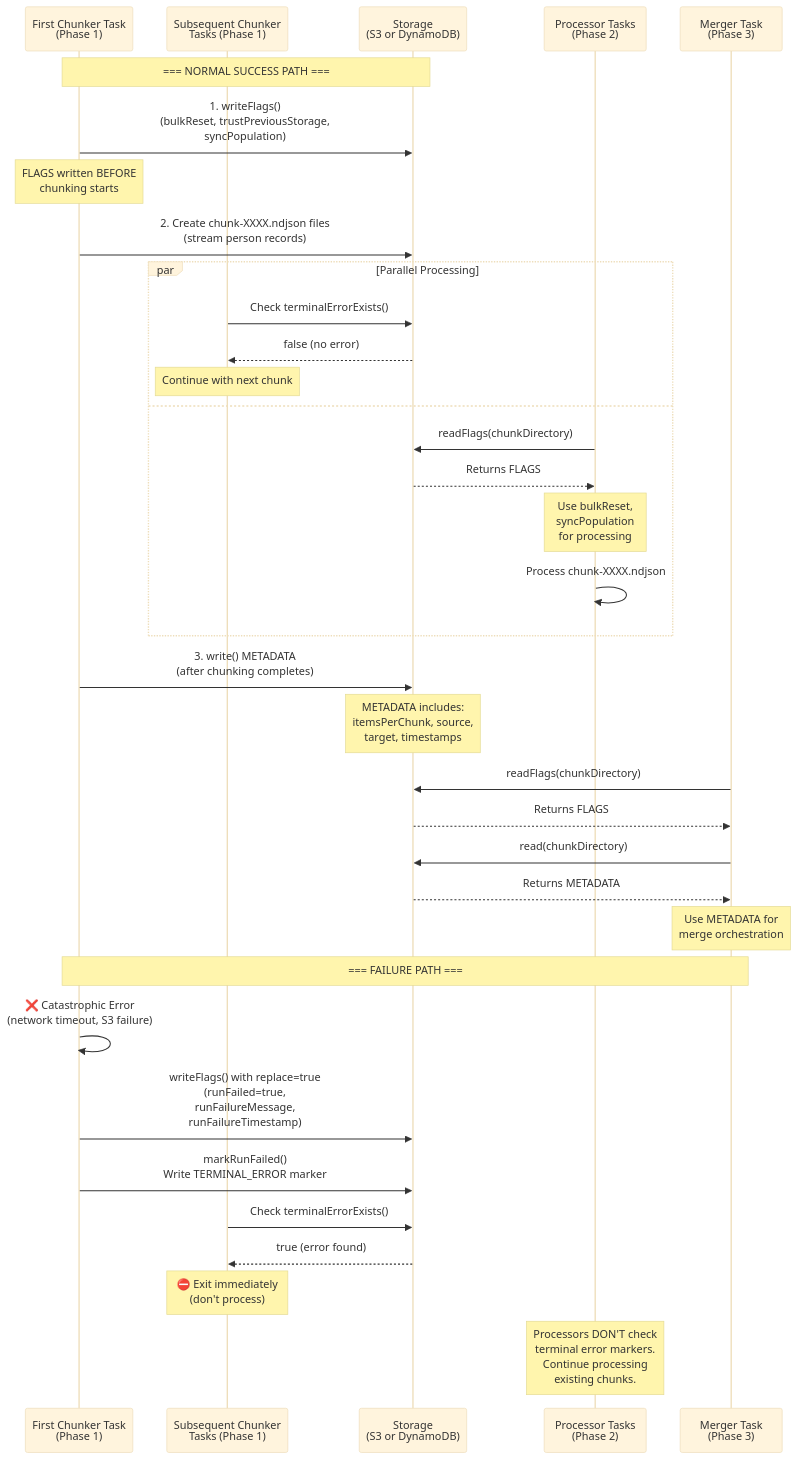
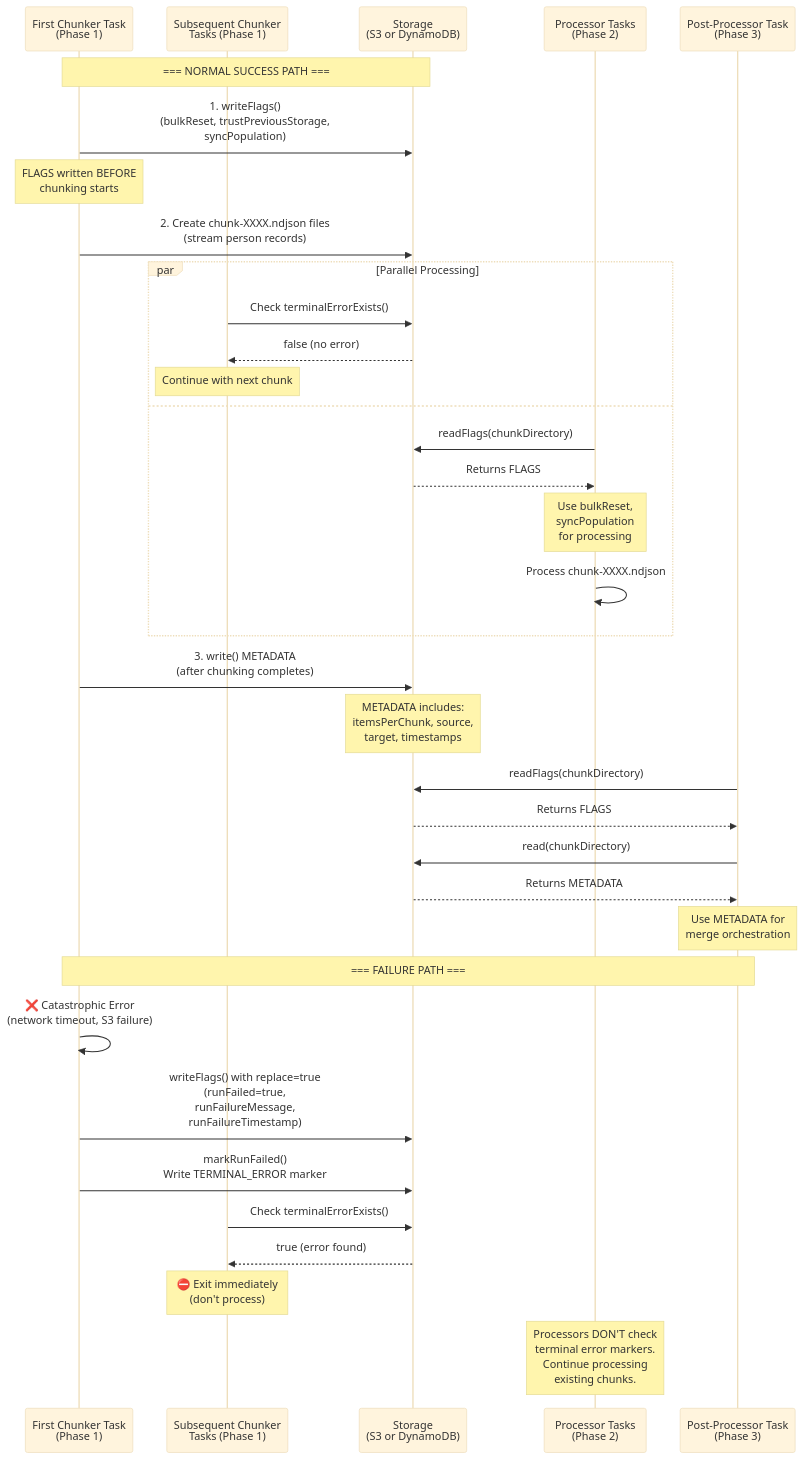
The diagram in src/chunking/metadata/README.md (whennemuth/integration-huron-person-fargate), drawn with Mermaid (base theme) before and after one commit. The commit also changed other lines of this file and 82 other files, not shown here.

````diff
--- a/src/chunking/metadata/README.md
+++ b/src/chunking/metadata/README.md
@@ -26,47 +26,47 @@
 ```mermaid
 sequenceDiagram
     participant C1 as First Chunker Task<br/>(Phase 1)
     participant CN as Subsequent Chunker<br/>Tasks (Phase 1)
     participant S as Storage<br/>(S3 or DynamoDB)
     participant P as Processor Tasks<br/>(Phase 2)
-    participant M as Merger Task<br/>(Phase 3)
+    participant M as Post-Processor Task<br/>(Phase 3)
 
     Note over C1,S: === NORMAL SUCCESS PATH ===
     
     C1->>S: 1. writeFlags()<br/>(bulkReset, trustPreviousStorage,<br/>syncPopulation)
     Note over C1: FLAGS written BEFORE<br/>chunking starts
     
     C1->>S: 2. Create chunk-XXXX.ndjson files<br/>(stream person records)
     
     par Parallel Processing
         CN->>S: Check terminalErrorExists()
         S-->>CN: false (no error)
         Note over CN: Continue with next chunk
     and
         P->>S: readFlags(chunkDirectory)
         S-->>P: Returns FLAGS
         Note over P: Use bulkReset,<br/>syncPopulation<br/>for processing
         P->>P: Process chunk-XXXX.ndjson
     end
     
     C1->>S: 3. write() METADATA<br/>(after chunking completes)
     Note over S: METADATA includes:<br/>itemsPerChunk, source,<br/>target, timestamps
 
     M->>S: readFlags(chunkDirectory)
     S-->>M: Returns FLAGS
     M->>S: read(chunkDirectory)
     S-->>M: Returns METADATA
     Note over M: Use METADATA for<br/>merge orchestration
 
     Note over C1,M: === FAILURE PATH ===
     
     C1->>C1: ❌ Catastrophic Error<br/>(network timeout, S3 failure)
     C1->>S: writeFlags() with replace=true<br/>(runFailed=true,<br/>runFailureMessage,<br/>runFailureTimestamp)
     C1->>S: markRunFailed()<br/>Write TERMINAL_ERROR marker
     
     CN->>S: Check terminalErrorExists()
     S-->>CN: true (error found)
     Note over CN: ⛔ Exit immediately<br/>(don't process)
     
     Note over P: Processors DON'T check<br/>terminal error markers.<br/>Continue processing<br/>existing chunks.
 ```
````
